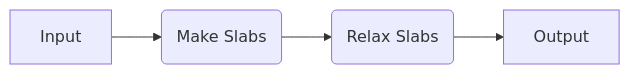
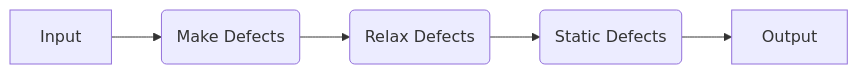
The fourth of 4 diagrams in docs/user/recipes/emt.md (Quantum-Accelerators/quacc), drawn with Mermaid before and after one commit. The commit also changed other lines of this file, not shown here.

````diff
--- a/docs/user/recipes/emt.md
+++ b/docs/user/recipes/emt.md
@@ -117,4 +140,4 @@
 ```mermaid
 graph LR
-  A[Input] --> B(Make Slabs) --> C(Relax Slabs) --> D[Output];
+  A[Input] --> B(Make Defects) --> C(Relax Defects) --> D(Static Defects) --> E[Output];
 ```
````
